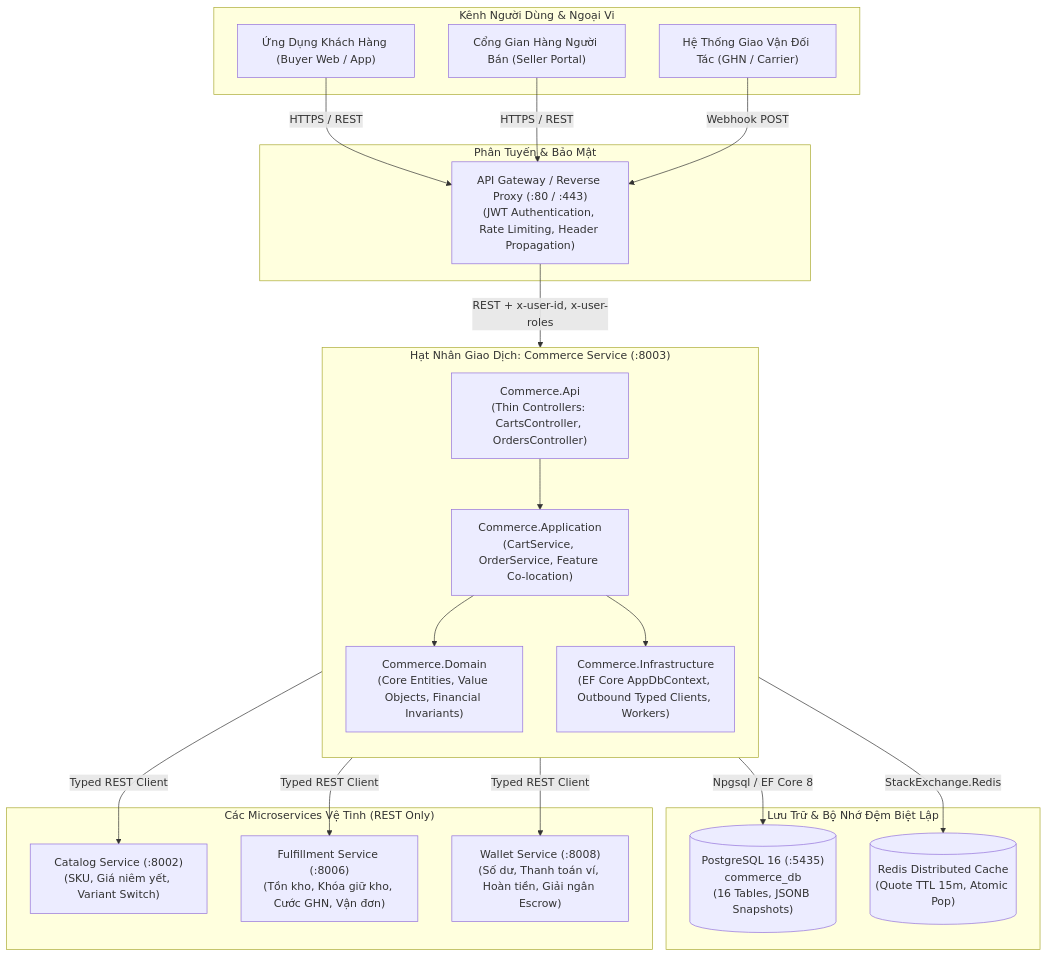
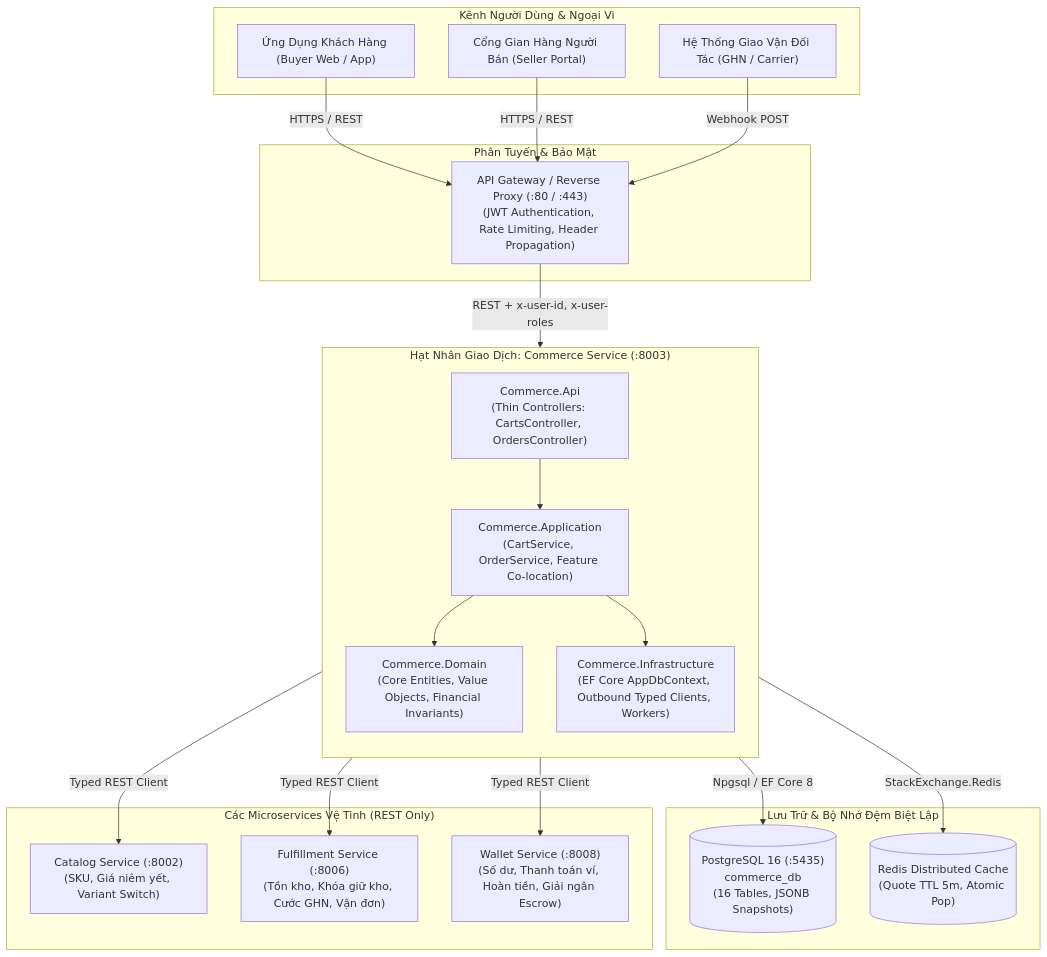
The first of 10 diagrams in docs/COMMERCE_ARCHITECTURE_AND_FLOW_SPEC.md (Nexus-Be/CommerceService), drawn with Mermaid before and after one commit. The commit also changed other lines of this file and 107 other files, not shown here.

````diff
--- a/docs/COMMERCE_ARCHITECTURE_AND_FLOW_SPEC.md
+++ b/docs/COMMERCE_ARCHITECTURE_AND_FLOW_SPEC.md
@@ -31,48 +31,48 @@
 ```mermaid
 flowchart TD
     subgraph ClientLayer["Kênh Người Dùng & Ngoại Vi"]
         BuyerClient["Ứng Dụng Khách Hàng (Buyer Web / App)"]
         SellerClient["Cổng Gian Hàng Người Bán (Seller Portal)"]
         CarrierWebhook["Hệ Thống Giao Vận Đối Tác (GHN / Carrier)"]
     end
 
     subgraph GatewayLayer["Phân Tuyến & Bảo Mật"]
         APIGateway["API Gateway / Reverse Proxy (:80 / :443)<br/>(JWT Authentication, Rate Limiting, Header Propagation)"]
     end
 
     subgraph CoreService["Hạt Nhân Giao Dịch: Commerce Service (:8003)"]
         direction TB
         ApiController["Commerce.Api<br/>(Thin Controllers: CartsController, OrdersController)"]
         AppLayer["Commerce.Application<br/>(CartService, OrderService, Feature Co-location)"]
         InfraLayer["Commerce.Infrastructure<br/>(EF Core AppDbContext, Outbound Typed Clients, Workers)"]
         DomainLayer["Commerce.Domain<br/>(Core Entities, Value Objects, Financial Invariants)"]
         
         ApiController --> AppLayer
         AppLayer --> DomainLayer
         AppLayer --> InfraLayer
     end
 
     subgraph StorageLayer["Lưu Trữ & Bộ Nhớ Đệm Biệt Lập"]
         PGDB[("PostgreSQL 16 (:5435)<br/>commerce_db<br/>(16 Tables, JSONB Snapshots)")]
-        RedisCache[("Redis Distributed Cache<br/>(Quote TTL 15m, Atomic Pop)")]
+        RedisCache[("Redis Distributed Cache<br/>(Quote TTL 5m, Atomic Pop)")]
     end
 
     subgraph SatelliteServices["Các Microservices Vệ Tinh (REST Only)"]
         CatalogService["Catalog Service (:8002)<br/>(SKU, Giá niêm yết, Variant Switch)"]
         FulfillmentService["Fulfillment Service (:8006)<br/>(Tồn kho, Khóa giữ kho, Cước GHN, Vận đơn)"]
         WalletService["Wallet Service (:8008)<br/>(Số dư, Thanh toán ví, Hoàn tiền, Giải ngân Escrow)"]
     end
 
     BuyerClient -->|HTTPS / REST| APIGateway
     SellerClient -->|HTTPS / REST| APIGateway
     CarrierWebhook -->|Webhook POST| APIGateway
 
     APIGateway -->|REST + x-user-id, x-user-roles| ApiController
 
     InfraLayer -->|Npgsql / EF Core 8| PGDB
     InfraLayer -->|StackExchange.Redis| RedisCache
 
     InfraLayer -->|Typed REST Client| CatalogService
     InfraLayer -->|Typed REST Client| FulfillmentService
     InfraLayer -->|Typed REST Client| WalletService
 ```
````
